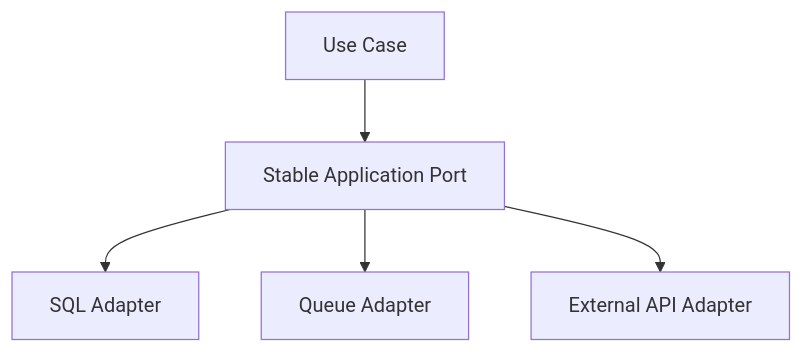
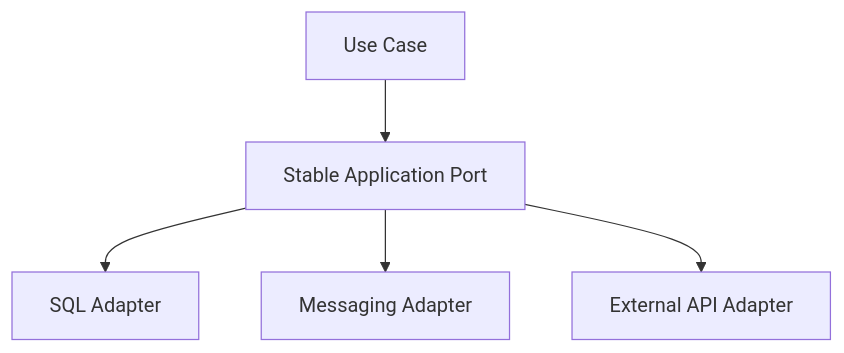
The diagram in 02-SOLID-Principles.md (azam123/Engineering-Interview-Prep), drawn with Mermaid before and after one commit. The commit also changed other lines of this file, not shown here.

````diff
--- a/02-SOLID-Principles.md
+++ b/02-SOLID-Principles.md
@@ -107,7 +84,7 @@
 ```mermaid
 flowchart TD
     UC[Use Case] --> PORT[Stable Application Port]
-    PORT --> AD1[SQL Adapter]
-    PORT --> AD2[Queue Adapter]
-    PORT --> AD3[External API Adapter]
+    PORT --> SQL[SQL Adapter]
+    PORT --> MQ[Messaging Adapter]
+    PORT --> EXT[External API Adapter]
 ```
````
